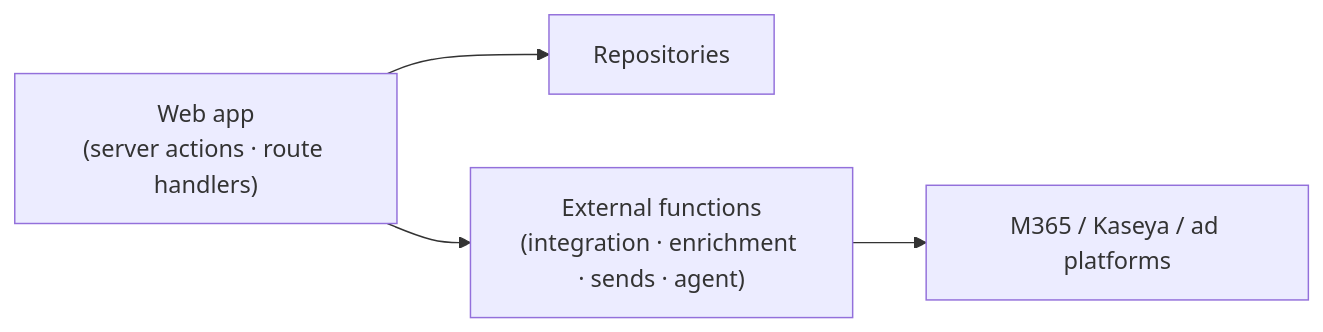
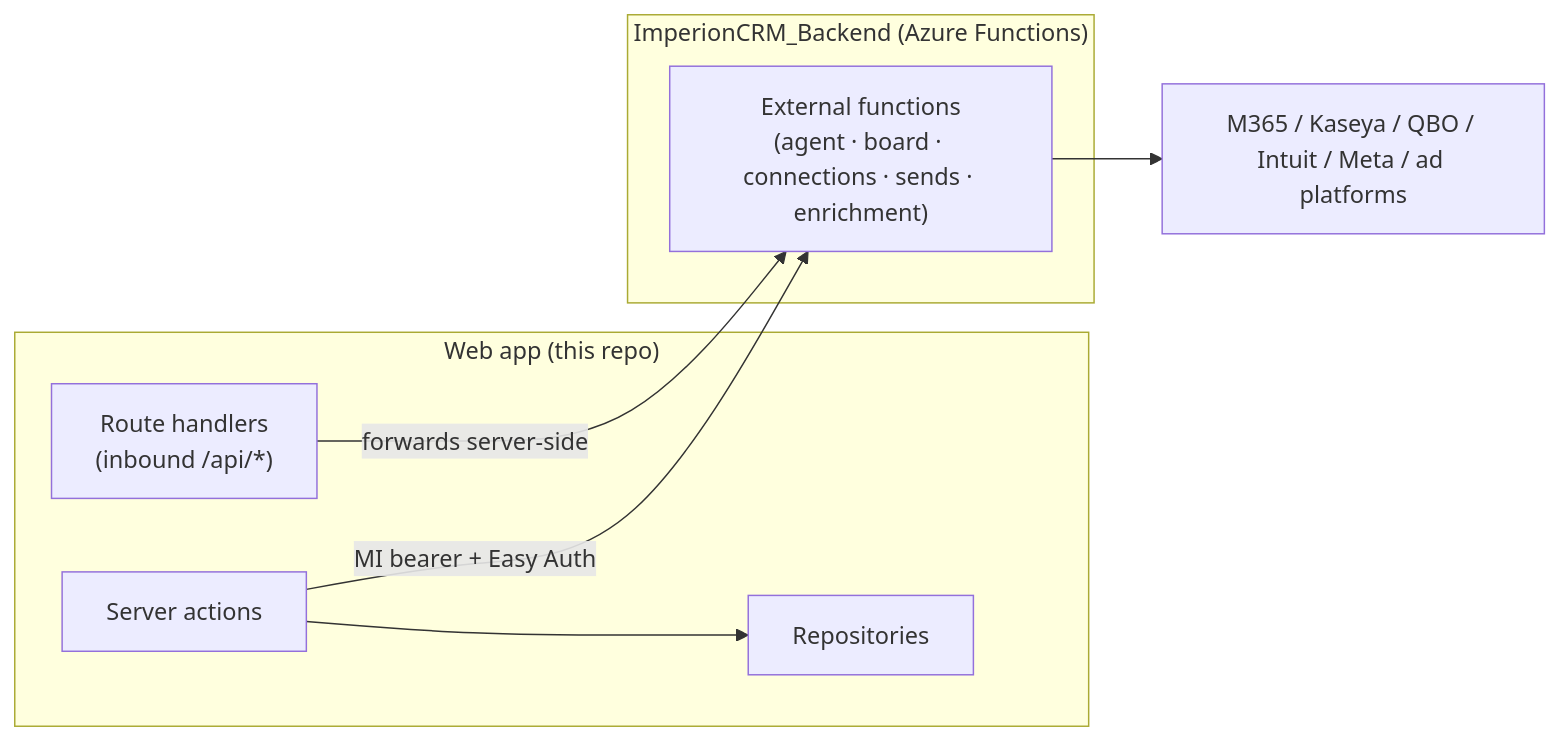
Before and after one commit to markdconnelly/ImperionCRM: the diagram in docs/api/README.md, drawn with Mermaid. The commit also changed other lines of this file and 8 other files, not shown here.

First line of the commit message:
docs: rewrite integrations, reporting & API docs (Imperion Business Manager) (#777)

````diff
--- a/docs/api/README.md
+++ b/docs/api/README.md
@@ -9,6 +19,17 @@
 ```mermaid
 flowchart LR
-    APP["Web app<br/>(server actions · route handlers)"] --> DAL["Repositories"]
-    APP --> FUNC["External functions<br/>(integration · enrichment · sends · agent)"]
-    FUNC --> EXT["M365 / Kaseya / ad platforms"]
+    subgraph WEB["Web app (this repo)"]
+        ACT["Server actions"]
+        RH["Route handlers<br/>(inbound /api/*)"]
+        DAL["Repositories"]
+    end
+    subgraph BE["ImperionCRM_Backend (Azure Functions)"]
+        FUNC["External functions<br/>(agent · board · connections · sends · enrichment)"]
+    end
+    EXT["M365 / Kaseya / QBO / Intuit / Meta / ad platforms"]
+
+    ACT --> DAL
+    ACT -->|MI bearer + Easy Auth| FUNC
+    RH -->|forwards server-side| FUNC
+    FUNC --> EXT
 ```
````
